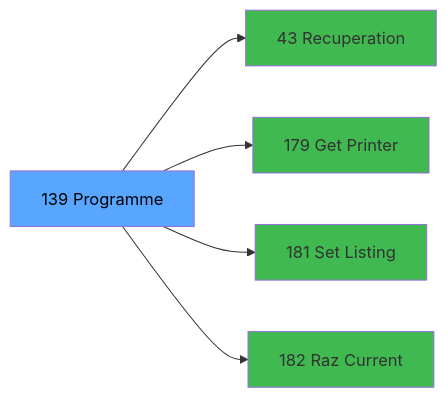
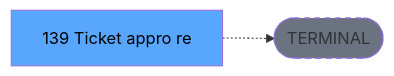
One commit to thonyAGP/lecteur-magic changed the third of 3 diagrams in .openspec/specs/ADH-IDE-139.md. Above: the diagram before and after it, drawn with Mermaid. The commit also changed other lines of this file and 701 other files, not shown here.

````diff
--- a/.openspec/specs/ADH-IDE-139.md
+++ b/.openspec/specs/ADH-IDE-139.md
@@ -163,17 +148,8 @@
 ```mermaid
 graph LR
-    T[139 Programme]
-    C43[43 Recuperation]
-    T --> C43
-    C179[179 Get Printer]
-    T --> C179
-    C181[181 Set Listing ]
-    T --> C181
-    C182[182 Raz Current ]
-    T --> C182
+    T[139 Ticket appro re]
+    TERM([TERMINAL])
+    T -.-> TERM
+    style TERM fill:#6b7280,stroke-dasharray: 5 5
     style T fill:#58a6ff,color:#000
-    style C43 fill:#3fb950
-    style C179 fill:#3fb950
-    style C181 fill:#3fb950
-    style C182 fill:#3fb950
 ```
````
